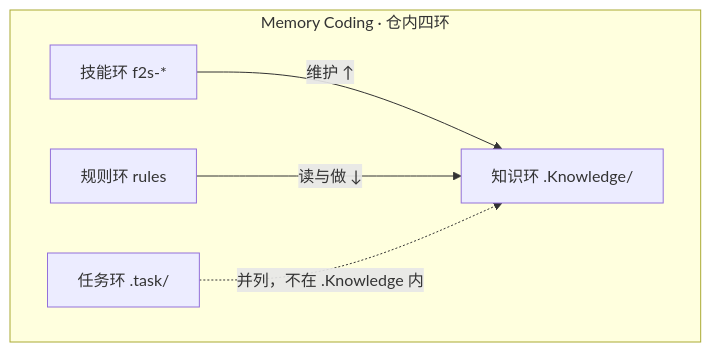
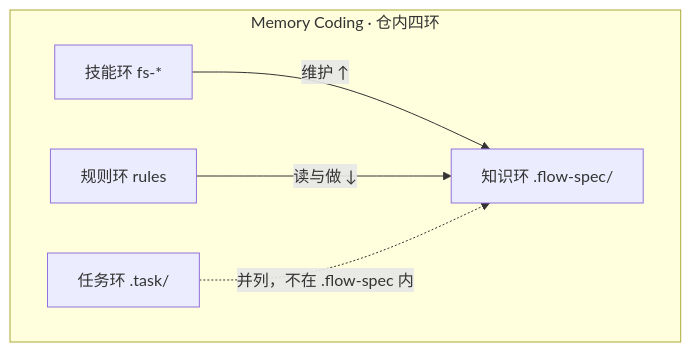
Before and after one commit to double-coding-lab/Flow2Spec: the first of 10 diagrams in docs/设计说明.md, drawn with Mermaid. The commit also changed other lines of this file and 543 other files, not shown here.

Commit message:
♻️ refactor: 统一 flow-spec 命名与知识库路径

````diff
--- a/docs/设计说明.md
+++ b/docs/设计说明.md
@@ -39,12 +39,12 @@
 ```mermaid
 graph TB
     subgraph MC["Memory Coding · 仓内四环"]
-        KR["知识环 .Knowledge/"]
+        KR["知识环 .flow-spec/"]
         TR["任务环 .task/"]
         RR["规则环 rules"]
-        SR["技能环 f2s-*"]
+        SR["技能环 fs-*"]
     end
     SR -->|"维护 ↑"| KR
     RR -->|"读与做 ↓"| KR
-    TR -.->|"并列，不在 .Knowledge 内"| KR
+    TR -.->|"并列，不在 .flow-spec 内"| KR
 ```
````
